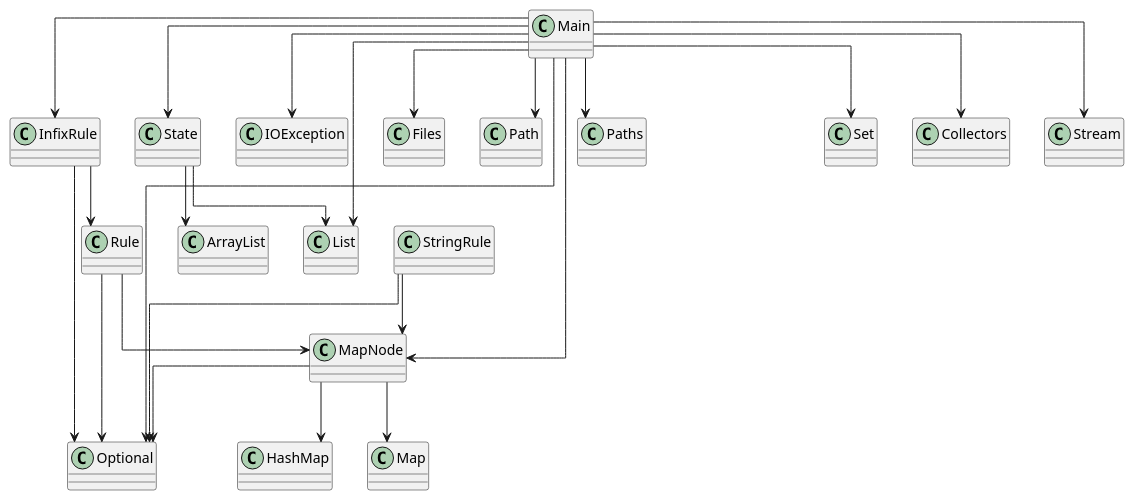
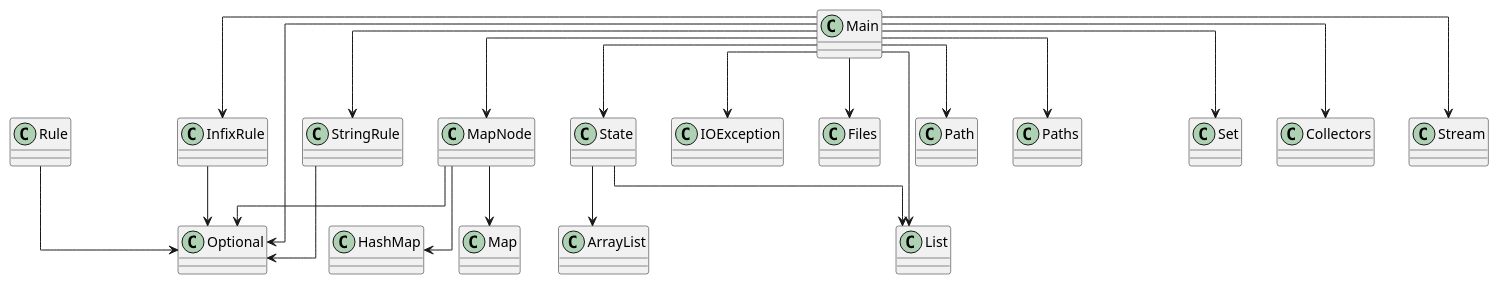
One commit to Magma-Foundation/Magma changed the diagram in diagram.puml. Above: the diagram before and after it, drawn with PlantUML. The commit also changed 4 other files, not shown here.

```diff
--- a/diagram.puml
+++ b/diagram.puml
@@ -1,32 +1,30 @@
 @startuml
 skinparam linetype ortho
+class Rule
+Rule --> Optional
 class Main
 Main --> InfixRule
 Main --> MapNode
 Main --> State
+Main --> StringRule
 Main --> IOException
 Main --> Files
 Main --> Path
 Main --> Paths
 Main --> List
 Main --> Optional
 Main --> Set
 Main --> Collectors
 Main --> Stream
-class Rule
-Rule --> MapNode
-Rule --> Optional
 class MapNode
 MapNode --> HashMap
 MapNode --> Map
 MapNode --> Optional
 class InfixRule
-InfixRule --> Rule
 InfixRule --> Optional
 class State
 State --> ArrayList
 State --> List
 class StringRule
-StringRule --> MapNode
 StringRule --> Optional
 @enduml
```
